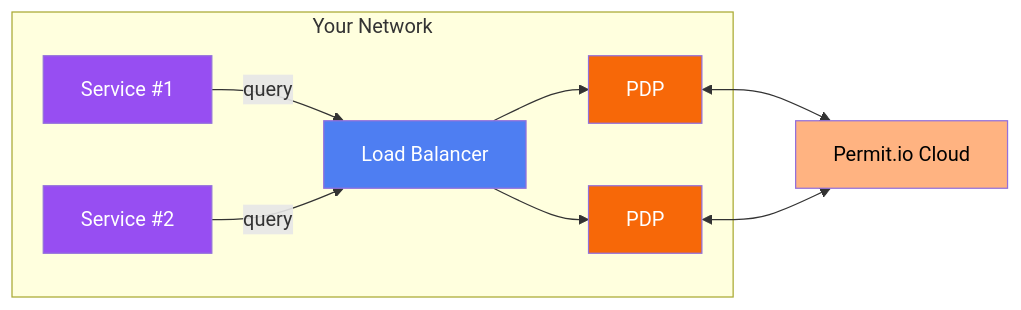
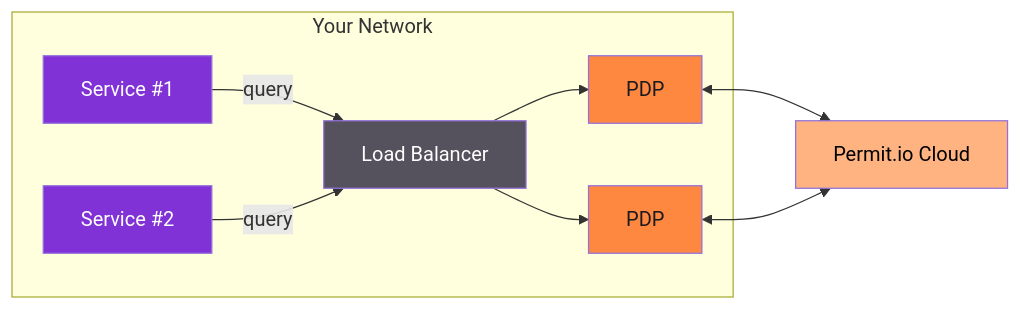
Before and after one commit to permitio/docs: the third of 3 diagrams in docs/concepts/pdp/overview.mdx, drawn with Mermaid. The commit also changed other lines of this file and 528 other files, not shown here.

````diff
--- a/docs/concepts/pdp/overview.mdx
+++ b/docs/concepts/pdp/overview.mdx
@@ -309,23 +310,23 @@
 ```mermaid
 flowchart LR
     subgraph Your Network
         lb[Load Balancer]
         pdp1[PDP]
         pdp2[PDP]
         app1[Service #1] -- query --> lb
         app2[Service #2] -- query --> lb
         lb --> pdp1
         lb --> pdp2
     end
 
     cloud[Permit.io Cloud]
     pdp1 <--> cloud
     pdp2 <--> cloud
 
     style cloud fill:#ffb381,color:#000;
-    style app1 fill:#974ef2,color:#fff;
-    style app2 fill:#974ef2,color:#fff;
-    style pdp1 fill:#f76808,color:#fff;
-    style pdp2 fill:#f76808,color:#fff;
-    style lb fill:#4e7ef2,color:#fff;
+    style app1 fill:#8132d7,color:#fff;
+    style app2 fill:#8132d7,color:#fff;
+    style pdp1 fill:#ff8841,color:#1a1a1f;
+    style pdp2 fill:#ff8841,color:#1a1a1f;
+    style lb fill:#55525e,color:#fff;
 ```
````
